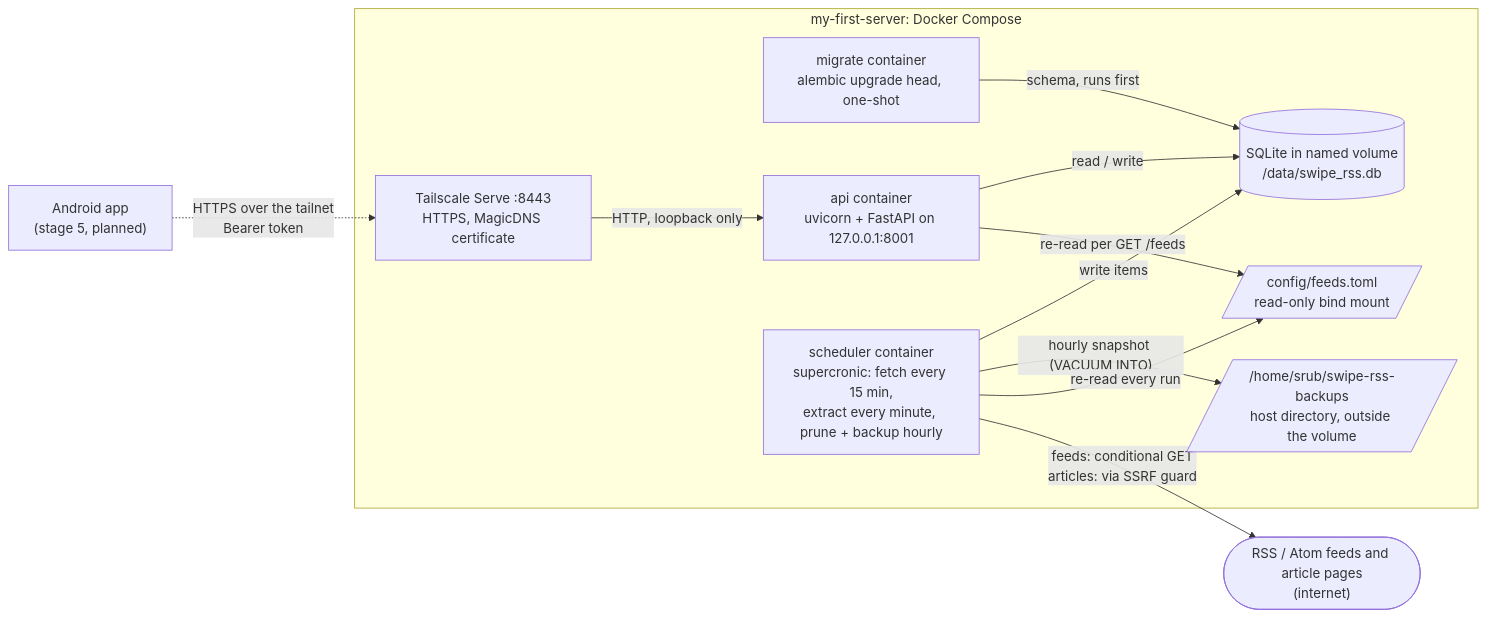
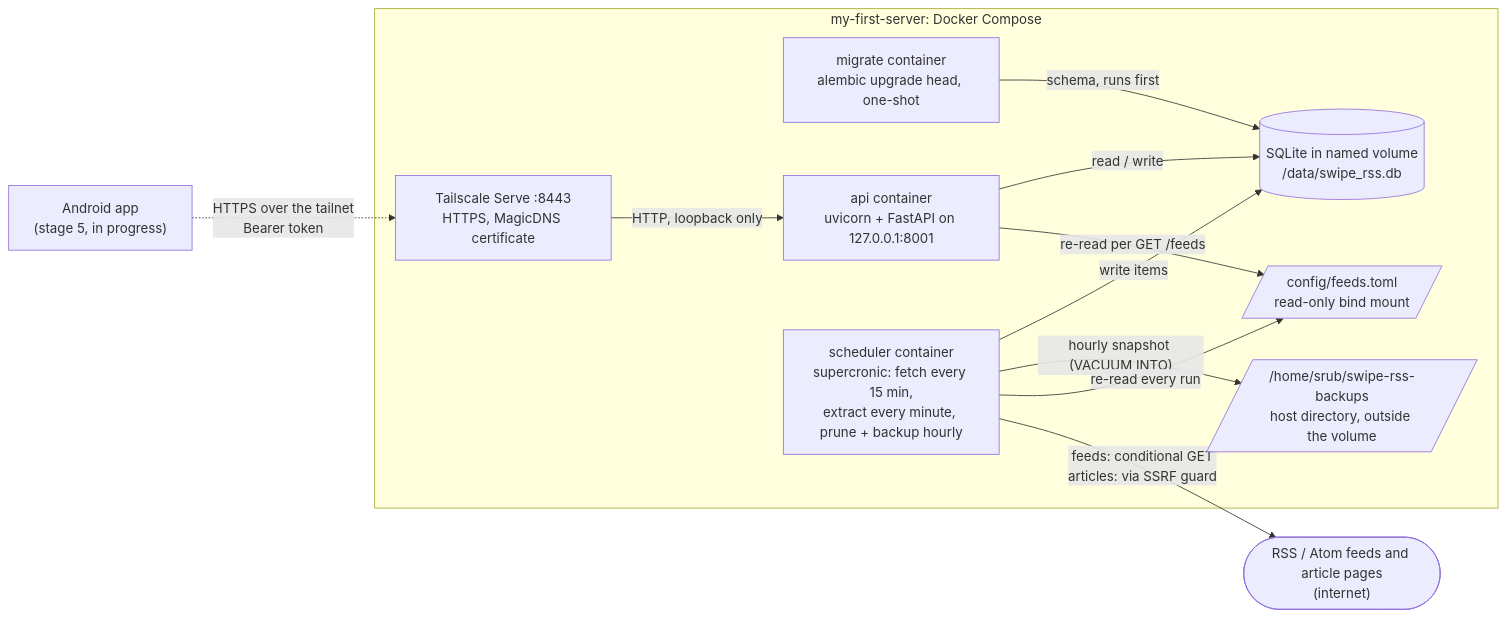
Before and after one commit to shanirub/swipe-rss-reader: the first of 18 diagrams in docs/architecture.md, drawn with Mermaid. The commit also changed other lines of this file and 23 other files, not shown here.

````diff
--- a/docs/architecture.md
+++ b/docs/architecture.md
@@ -27,25 +27,25 @@
 ```mermaid
 flowchart LR
     feeds(["RSS / Atom feeds and article pages<br/>(internet)"])
-    app["Android app<br/>(stage 5, planned)"]
+    app["Android app<br/>(stage 5, in progress)"]
 
     subgraph server["my-first-server: Docker Compose"]
         migrate["migrate container<br/>alembic upgrade head, one-shot"]
         serve["Tailscale Serve :8443<br/>HTTPS, MagicDNS certificate"]
         api["api container<br/>uvicorn + FastAPI on 127.0.0.1:8001"]
         db[("SQLite in named volume<br/>/data/swipe_rss.db")]
         sched["scheduler container<br/>supercronic: fetch every 15 min,<br/>extract every minute, prune + backup hourly"]
         bak[/"/home/srub/swipe-rss-backups<br/>host directory, outside the volume"/]
         cfg[/"config/feeds.toml<br/>read-only bind mount"/]
     end
 
     migrate -- "schema, runs first" --> db
     app -. "HTTPS over the tailnet<br/>Bearer token" .-> serve
     serve -- "HTTP, loopback only" --> api
     api -- "read / write" --> db
     sched -- "write items" --> db
     sched -- "hourly snapshot (VACUUM INTO)" --> bak
     sched -- "re-read every run" --> cfg
     api -- "re-read per GET /feeds" --> cfg
     sched -- "feeds: conditional GET<br/>articles: via SSRF guard" --> feeds
 ```
````
